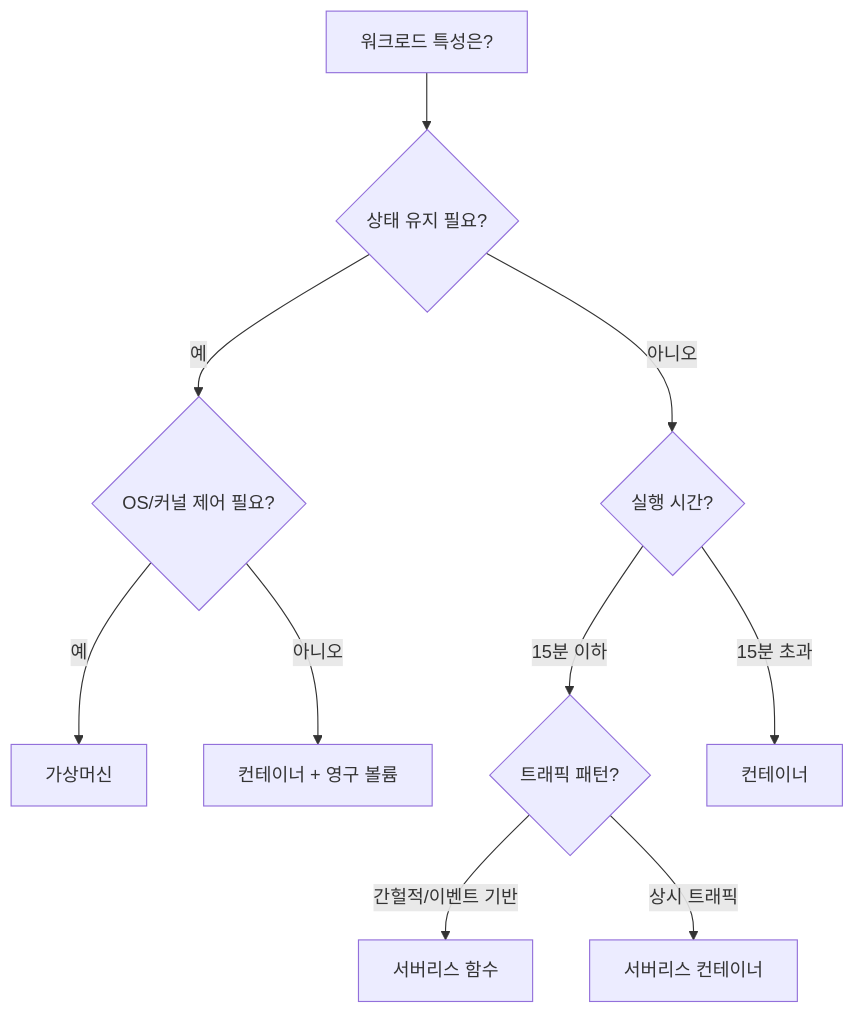
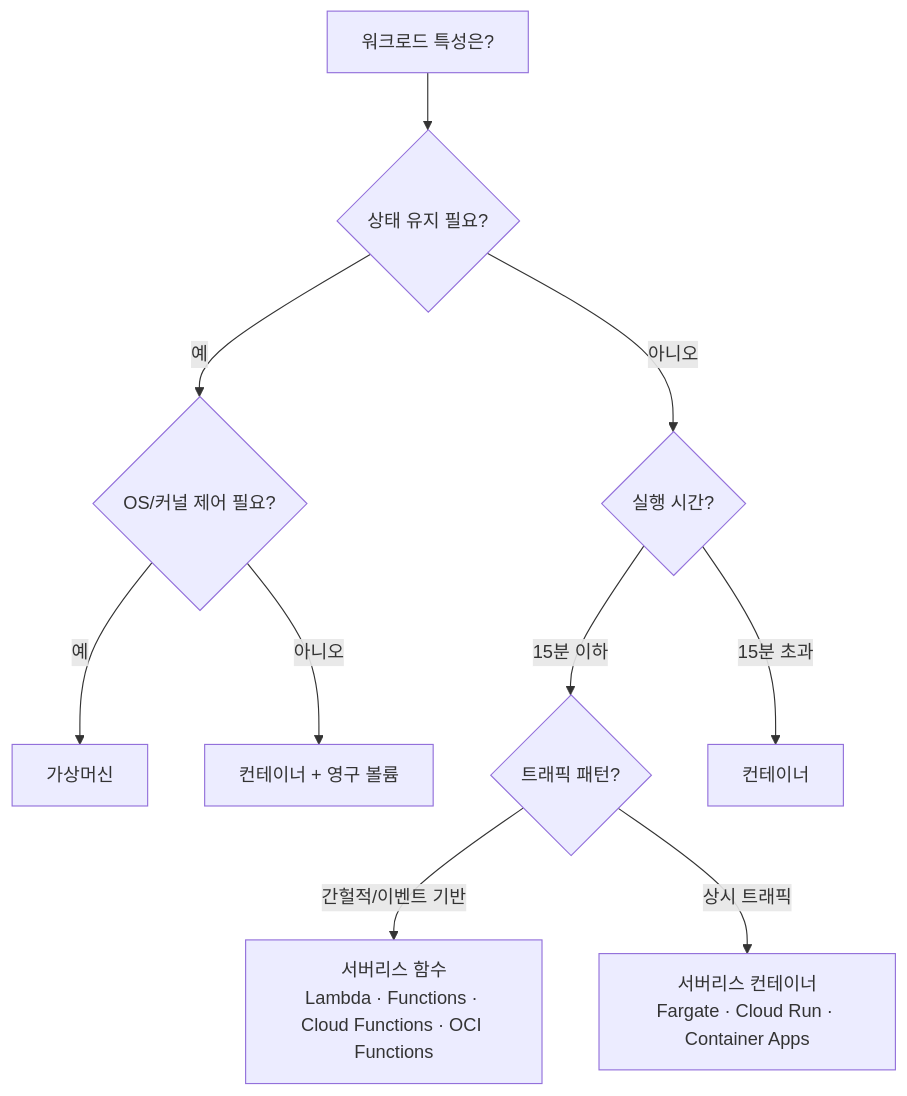
One commit to cloudpickr/cloudpick-docs changed the diagram in compute/serverless.md. Above: the diagram before and after it, drawn with Mermaid. The commit also changed other lines of this file, not shown here.

````diff
--- a/compute/serverless.md
+++ b/compute/serverless.md
@@ -74,12 +78,12 @@
 ```mermaid
 flowchart TD
     A[워크로드 특성은?] --> B{상태 유지 필요?}
     B -->|예| C{OS/커널 제어 필요?}
     C -->|예| D[가상머신]
     C -->|아니오| E[컨테이너 + 영구 볼륨]
     B -->|아니오| F{실행 시간?}
     F -->|15분 이하| G{트래픽 패턴?}
-    G -->|간헐적/이벤트 기반| H[서버리스 함수]
-    G -->|상시 트래픽| I[서버리스 컨테이너]
+    G -->|간헐적/이벤트 기반| H[서버리스 함수<br/>Lambda · Functions · Cloud Functions · OCI Functions]
+    G -->|상시 트래픽| I[서버리스 컨테이너<br/>Fargate · Cloud Run · Container Apps]
     F -->|15분 초과| J[컨테이너]
 ```
````
